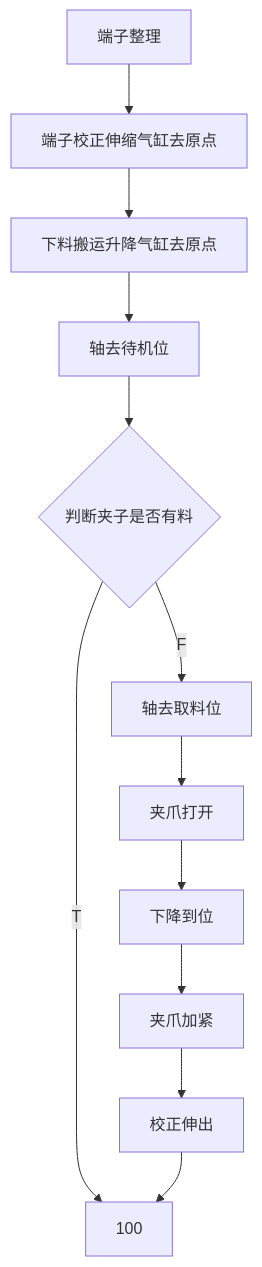
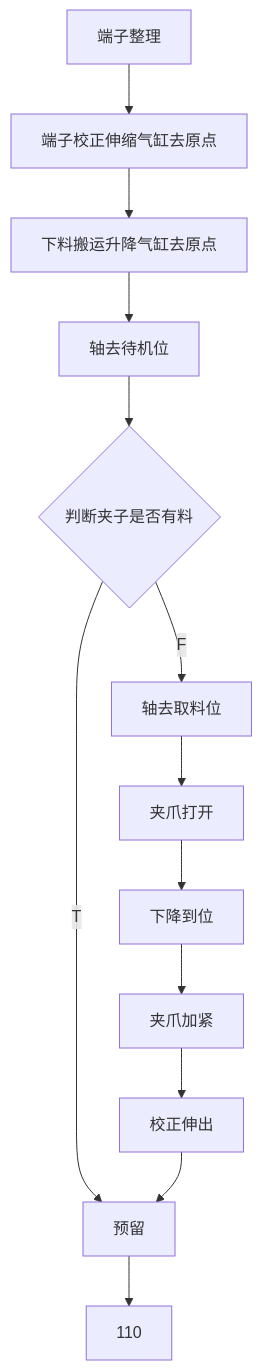
The diagram in all/VR-OP90端子整理.md (zmq000/iodraw-files), drawn with Mermaid before and after one commit.

Commit message:
2026-06-18 11:01:45 update

````diff
--- a/all/VR-OP90端子整理.md
+++ b/all/VR-OP90端子整理.md
@@ -1,19 +1,20 @@
 ```mermaid
 graph TD
 0[端子整理]-->10
 10[端子校正伸缩气缸去原点]-->20
 20[下料搬运升降气缸去原点]-->30
 30[轴去待机位]-->40
 40{判断夹子是否有料}-->|T|100
 40-->|F|50
 50[轴去取料位]-->60
 60[夹爪打开]-->70
 70[下降到位]-->80
 80[夹爪加紧]-->90
 90[校正伸出]-->100
-100
+100[预留]-->110
+
 
 
 
   
 ```
````
